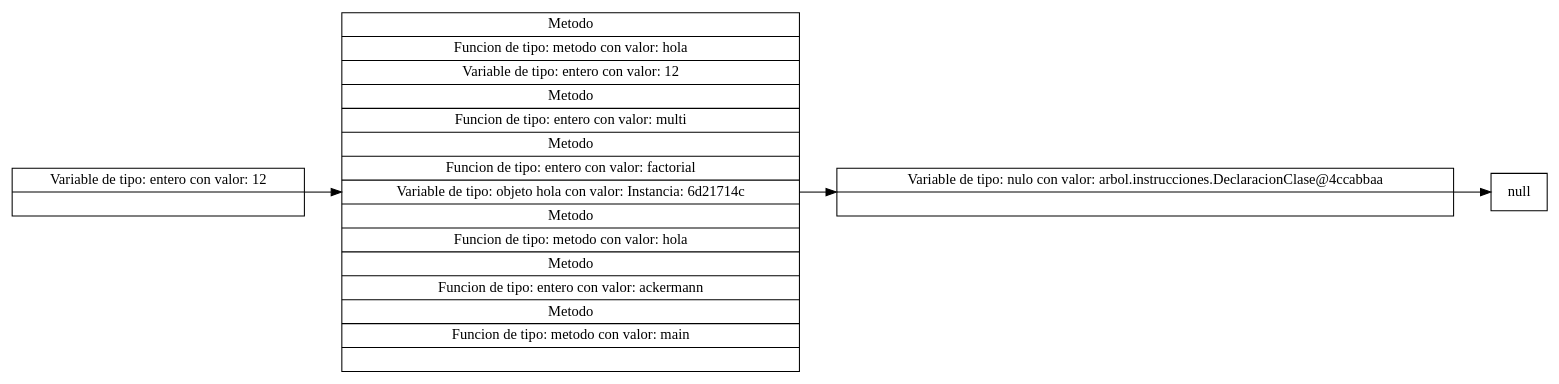
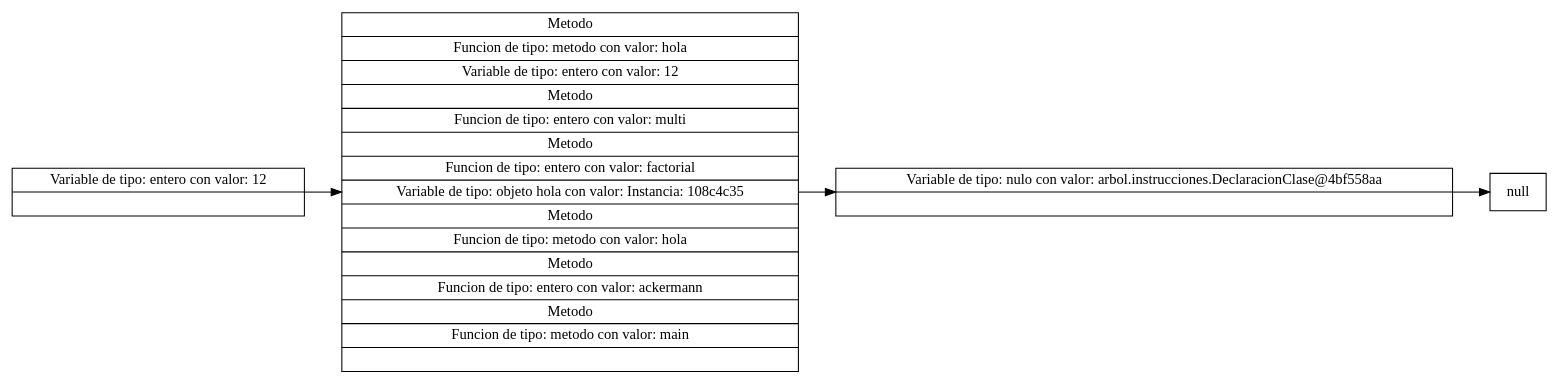
One commit to JorgeAmbrocio/ejemplo1 changed the diagram in COMPILADORES1/compiladores1_1/entorno.dot. Above: the diagram before and after it, drawn with Graphviz. The commit also changed 9 other files, not shown here.

```diff
--- a/COMPILADORES1/compiladores1_1/entorno.dot
+++ b/COMPILADORES1/compiladores1_1/entorno.dot
@@ -1,13 +1,13 @@
 digraph g{
   node[shape = record];
   rankdir=LR;
-arbol_entorno_Entorno77a567e1[label = " <f0> Variable  de tipo: entero  con valor: 12 | <f1> "];
+arbol_entorno_Entorno736e9adb[label = " <f0> Variable  de tipo: entero  con valor: 12 | <f1> "];
 
-arbol_entorno_Entorno77a567e1->arbol_entorno_Entorno736e9adb
-arbol_entorno_Entorno736e9adb[label = " <f0> Metodo | Funcion  de tipo: metodo  con valor: hola | <f1> Variable  de tipo: entero  con valor: 12 | <f2> Metodo | Funcion  de tipo: entero  con valor: multi | <f3> Metodo | Funcion  de tipo: entero  con valor: factorial | <f4> Variable  de tipo: objeto hola con valor:  Instancia: 6d21714c | <f5> Metodo | Funcion  de tipo: metodo  con valor: hola | <f6> Metodo | Funcion  de tipo: entero  con valor: ackermann | <f7> Metodo | Funcion  de tipo: metodo  con valor: main | <f8> "];
+arbol_entorno_Entorno736e9adb->arbol_entorno_Entorno6d21714c
+arbol_entorno_Entorno6d21714c[label = " <f0> Metodo | Funcion  de tipo: metodo  con valor: hola | <f1> Variable  de tipo: entero  con valor: 12 | <f2> Metodo | Funcion  de tipo: entero  con valor: multi | <f3> Metodo | Funcion  de tipo: entero  con valor: factorial | <f4> Variable  de tipo: objeto hola con valor:  Instancia: 108c4c35 | <f5> Metodo | Funcion  de tipo: metodo  con valor: hola | <f6> Metodo | Funcion  de tipo: entero  con valor: ackermann | <f7> Metodo | Funcion  de tipo: metodo  con valor: main | <f8> "];
 
-arbol_entorno_Entorno736e9adb->arbol_entorno_Entorno108c4c35
-arbol_entorno_Entorno108c4c35[label = " <f0> Variable  de tipo: nulo  con valor: arbol.instrucciones.DeclaracionClase@4ccabbaa | <f1> "];
+arbol_entorno_Entorno6d21714c->arbol_entorno_Entorno4ccabbaa
+arbol_entorno_Entorno4ccabbaa[label = " <f0> Variable  de tipo: nulo  con valor: arbol.instrucciones.DeclaracionClase@4bf558aa | <f1> "];
 
-arbol_entorno_Entorno108c4c35-> null
+arbol_entorno_Entorno4ccabbaa-> null
 }
```
